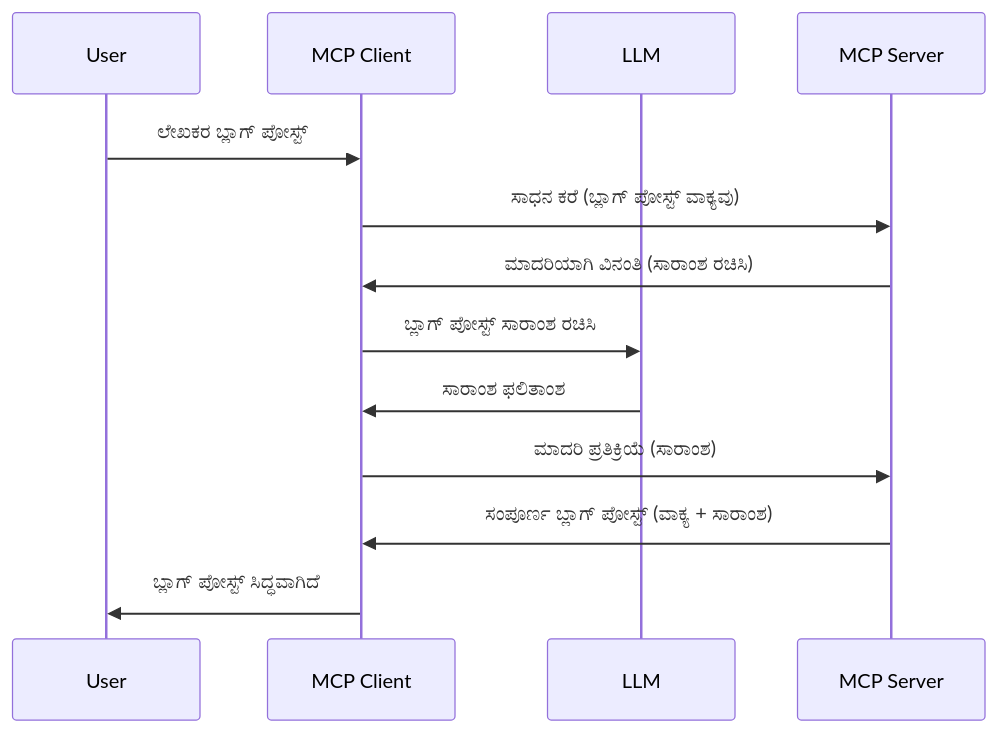
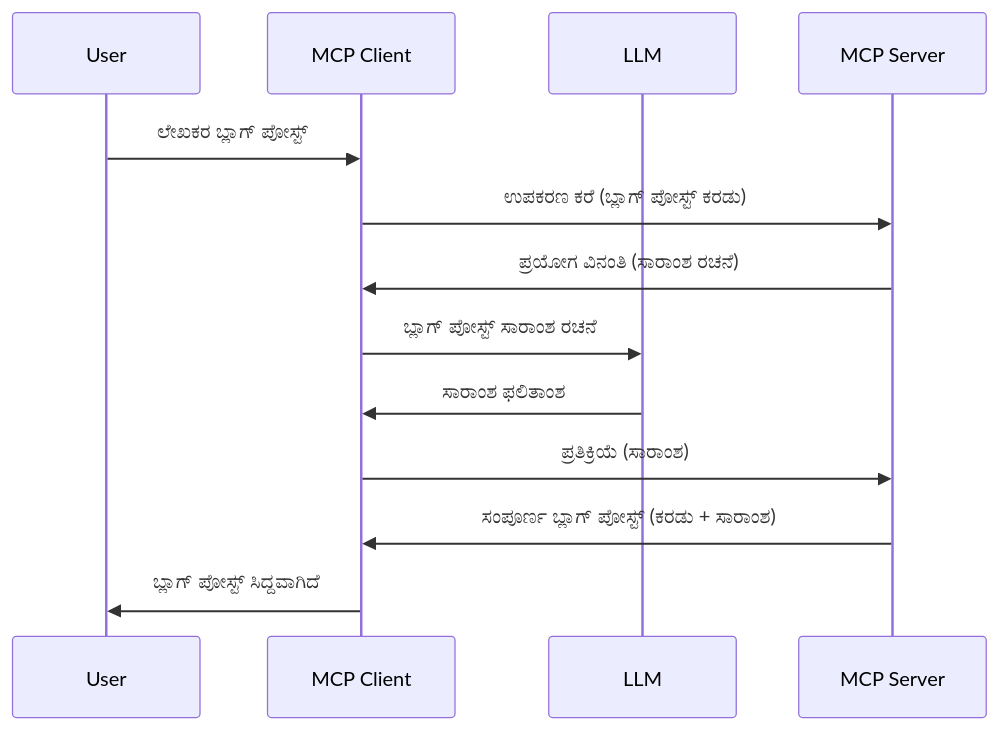
Before and after one commit to HIDORAKAI002/ai-workspace-archive: the diagram in mcp_ecosystem__model_context_protocol/mcp_learning_resources/mcp-for-beginners/translations/kn/03-GettingStarted/14-sampling/README.md, drawn with Mermaid. The commit also changed other lines of this file and 5721 other files, not shown here.

Commit message:
chore(sync): update MCP Python SDK, MCP TypeScript SDK, Supabase MCP, Kubernetes MCP Server, Git MCP, MCP Agent, Awesome ChatGPT Prompts, Langfuse, +62 more

````diff
--- a/mcp_ecosystem__model_context_protocol/mcp_learning_resources/mcp-for-beginners/translations/kn/03-GettingStarted/14-sampling/README.md
+++ b/mcp_ecosystem__model_context_protocol/mcp_learning_resources/mcp-for-beginners/translations/kn/03-GettingStarted/14-sampling/README.md
@@ -25,16 +27,16 @@
 ```mermaid
 sequenceDiagram
     participant User
     participant MCP Client
     participant LLM
     participant MCP Server
 
     User->>MCP Client: ಲೇಖಕರ ಬ್ಲಾಗ್ ಪೋಸ್ಟ್
-    MCP Client->>MCP Server: ಸಾಧನ ಕರೆ (ಬ್ಲಾಗ್ ಪೋಸ್ಟ್ ವಾಕ್ಯವು)
-    MCP Server->>MCP Client: ಮಾದರಿಯಾಗಿ ವಿನಂತಿ (ಸಾರಾಂಶ ರಚಿಸಿ)
-    MCP Client->>LLM: ಬ್ಲಾಗ್ ಪೋಸ್ಟ್ ಸಾರಾಂಶ ರಚಿಸಿ
+    MCP Client->>MCP Server: ಉಪಕರಣ ಕರೆ (ಬ್ಲಾಗ್ ಪೋಸ್ಟ್ ಕರಡು)
+    MCP Server->>MCP Client: ಪ್ರಯೋಗ ವಿನಂತಿ (ಸಾರಾಂಶ ರಚನೆ)
+    MCP Client->>LLM: ಬ್ಲಾಗ್ ಪೋಸ್ಟ್ ಸಾರಾಂಶ ರಚನೆ
     LLM->>MCP Client: ಸಾರಾಂಶ ಫಲಿತಾಂಶ
-    MCP Client->>MCP Server: ಮಾದರಿ ಪ್ರತಿಕ್ರಿಯೆ (ಸಾರಾಂಶ)
-    MCP Server->>MCP Client: ಸಂಪೂರ್ಣ ಬ್ಲಾಗ್ ಪೋಸ್ಟ್ (ವಾಕ್ಯ + ಸಾರಾಂಶ)
-    MCP Client->>User: ಬ್ಲಾಗ್ ಪೋಸ್ಟ್ ಸಿದ್ಧವಾಗಿದೆ
+    MCP Client->>MCP Server: ಪ್ರತಿಕ್ರಿಯೆ (ಸಾರಾಂಶ)
+    MCP Server->>MCP Client: ಸಂಪೂರ್ಣ ಬ್ಲಾಗ್ ಪೋಸ್ಟ್ (ಕರಡು + ಸಾರಾಂಶ)
+    MCP Client->>User: ಬ್ಲಾಗ್ ಪೋಸ್ಟ್ ಸಿದ್ದವಾಗಿದೆ
 ```
````
